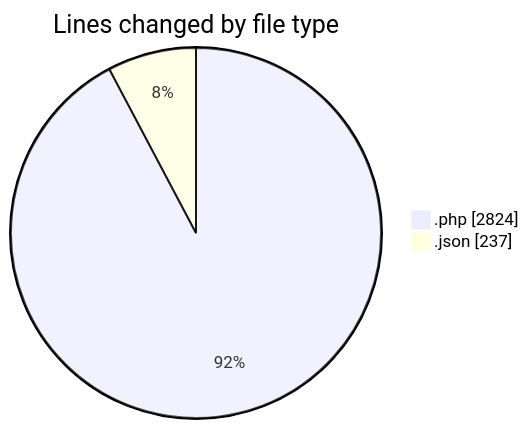
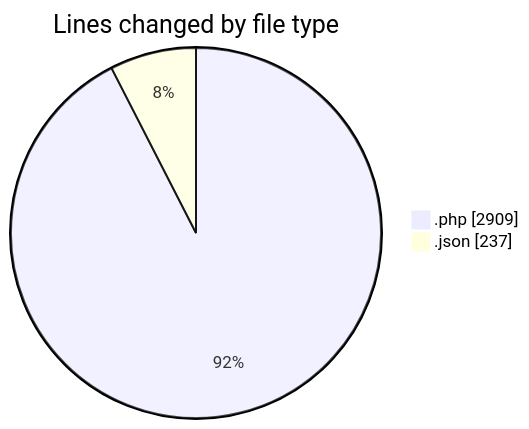
The first of 2 diagrams in 2025-06-06/sewa-mobil/README.md (idhammustaqopulfikri/code-tracking), drawn with Mermaid before and after one commit. The commit also changed other lines of this file and 1 other file, not shown here.

````diff
--- a/2025-06-06/sewa-mobil/README.md
+++ b/2025-06-06/sewa-mobil/README.md
@@ -25,6 +25,6 @@
 ```mermaid
 pie showData
 title Lines changed by file type
-".php" : 2824
+".php" : 2909
 ".json" : 237
 ```
````
